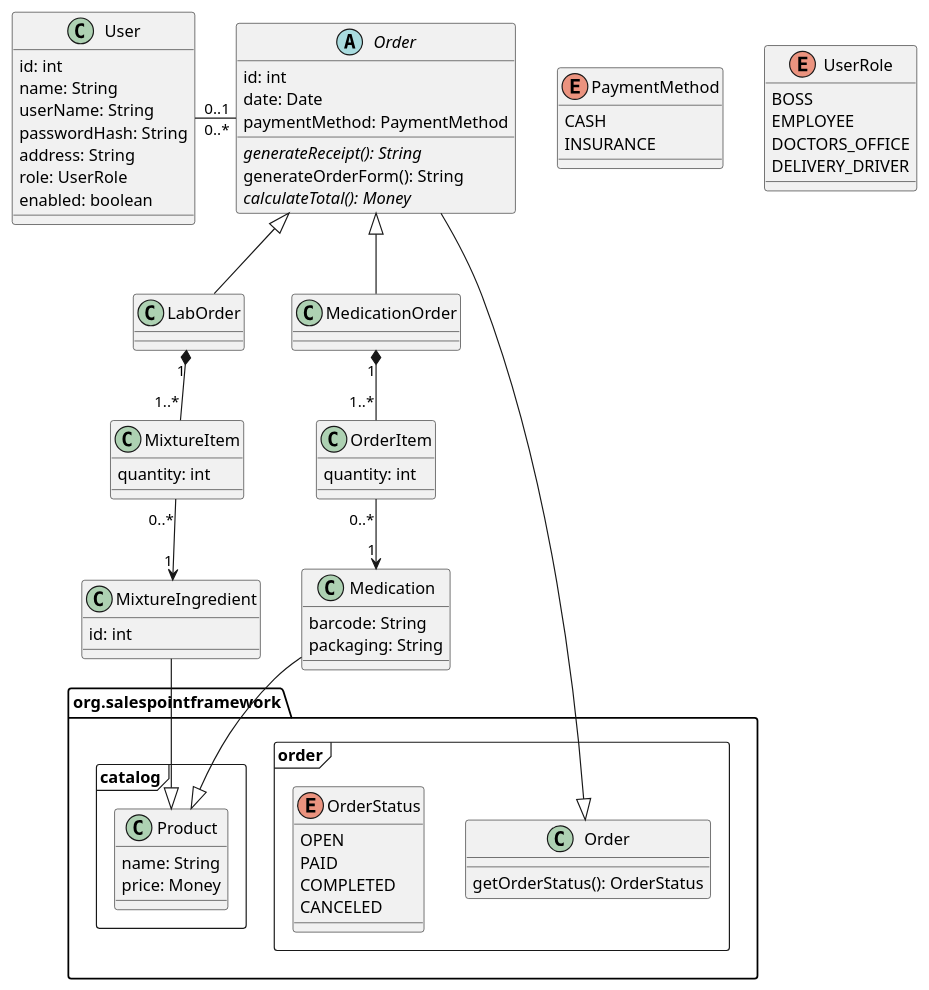
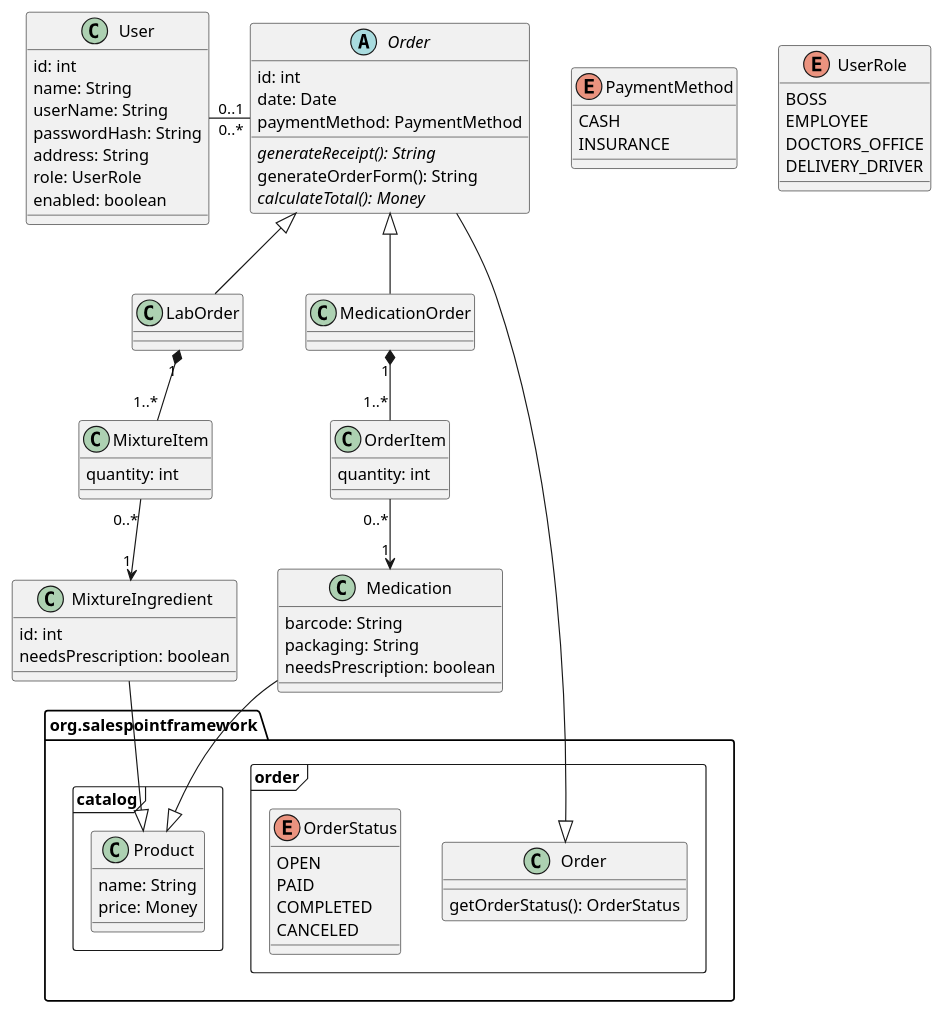
One commit to Jack4948/Apotheke-G5-Public changed the diagram in src/main/asciidoc/models/analysis/class-diagramm.puml. Above: the diagram before and after it, drawn with PlantUML.

Commit message:
Add `needsPrescription` property

```diff
--- a/src/main/asciidoc/models/analysis/class-diagramm.puml
+++ b/src/main/asciidoc/models/analysis/class-diagramm.puml
@@ -1,84 +1,86 @@
 @startuml Class Diagram
 abstract class Order {
   id: int
   date: Date
   paymentMethod: PaymentMethod
 
   {abstract} generateReceipt(): String
   generateOrderForm(): String
   {abstract} calculateTotal(): Money
 }
 
 class LabOrder extends Order {}
 class MedicationOrder extends Order {}
 
 enum PaymentMethod {
   CASH
   INSURANCE
 }
 
 class OrderItem {
   quantity: int
 }
 
 class Medication {
   barcode: String
   packaging: String
+  needsPrescription: boolean
 }
 
 MedicationOrder "1" *-- "1..*" OrderItem
 OrderItem "0..*" --> "1" Medication
 
 class MixtureItem {
   quantity: int
 }
 
 class MixtureIngredient {
   id: int
+  needsPrescription: boolean
 }
 LabOrder "1" *-- "1..*" MixtureItem
 MixtureItem "0..*" --> "1" MixtureIngredient
 
 class User {
   id: int
   name: String
   userName: String
   passwordHash: String
   address: String
   role: UserRole
   enabled: boolean
 }
 
 enum UserRole {
   BOSS
   EMPLOYEE
   DOCTORS_OFFICE
   DELIVERY_DRIVER
 }
 
 User "0..1" - "0..*" Order
 
 set separator ::
 package "org.salespointframework::catalog" <<Frame>> {
   class Product {
     name: String
     price: Money
   }
 }
 package "org.salespointframework::order" <<Frame>> {
   class Order {
     getOrderStatus(): OrderStatus
   }
 
   enum OrderStatus {
     OPEN
     PAID
     COMPLETED
     CANCELED
   }
 }
 
 Medication --|> Product
 MixtureIngredient --|> Product
 Order --|> org.salespointframework::order::Order
 @enduml
```
